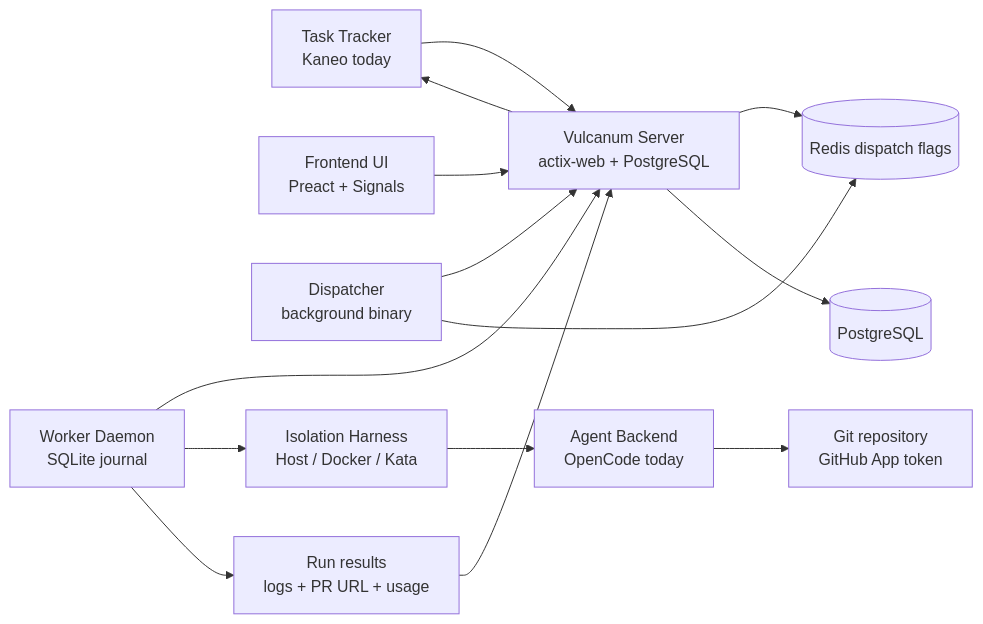
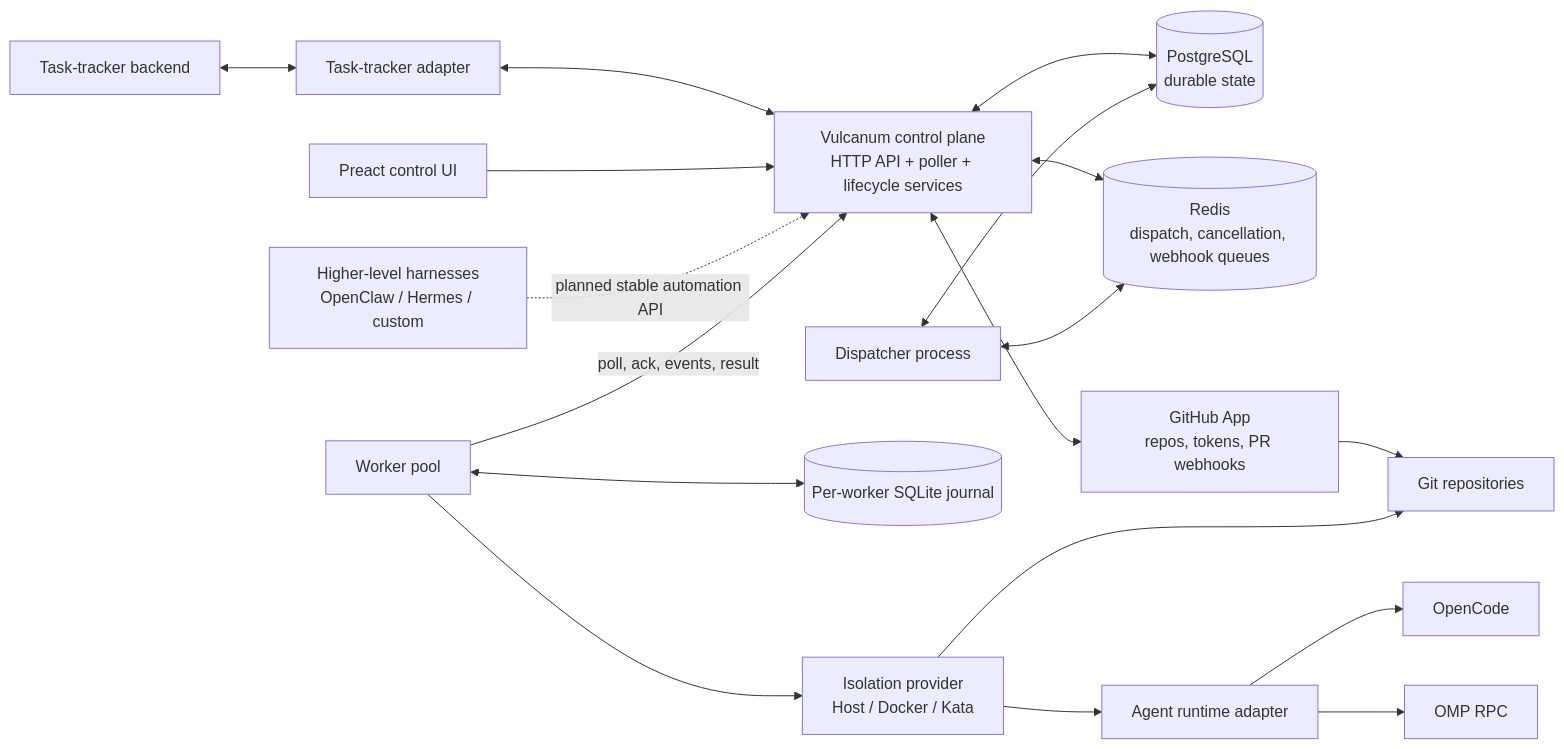
Before and after one commit to EzyGang/vulcanum: the diagram in README.md, drawn with Mermaid. The commit also changed other lines of this file, not shown here.

````diff
--- a/README.md
+++ b/README.md
@@ -282,16 +84,24 @@
 ```mermaid
 flowchart LR
-  tracker[Task Tracker\nKaneo today] --> server[Vulcanum Server\nactix-web + PostgreSQL]
-  frontend[Frontend UI\nPreact + Signals] --> server
-  server --> redis[(Redis dispatch flags)]
-  server --> db[(PostgreSQL)]
-  dispatcher[Dispatcher\nbackground binary] --> server
-  dispatcher --> redis
-  worker[Worker Daemon\nSQLite journal] --> server
-  worker --> harness[Isolation Harness\nHost / Docker / Kata]
-  harness --> agent[Agent Backend\nOpenCode today]
-  agent --> repo[Git repository\nGitHub App token]
-  worker --> artifacts[Run results\nlogs + PR URL + usage]
-  artifacts --> server
-  server --> tracker
+  tracker[Task-tracker backend] <--> tracker_adapter[Task-tracker adapter]
+  tracker_adapter <--> control[Vulcanum control plane\nHTTP API + poller + lifecycle services]
+
+  ui[Preact control UI] --> control
+  higher[Higher-level harnesses\nOpenClaw / Hermes / custom] -. planned stable automation API .-> control
+
+  control <--> postgres[(PostgreSQL\ndurable state)]
+  control <--> redis[(Redis\ndispatch, cancellation, webhook queues)]
+  dispatcher[Dispatcher process] <--> postgres
+  dispatcher <--> redis
+
+  workers[Worker pool] -->|poll, ack, events, result| control
+  workers <--> journal[(Per-worker SQLite journal)]
+  workers --> isolation[Isolation provider\nHost / Docker / Kata]
+  isolation --> runtime[Agent runtime adapter]
+  runtime --> opencode[OpenCode]
+  runtime --> omp[OMP RPC]
+
+  control <--> github[GitHub App\nrepos, tokens, PR webhooks]
+  github --> repos[Git repositories]
+  isolation --> repos
 ```
````
